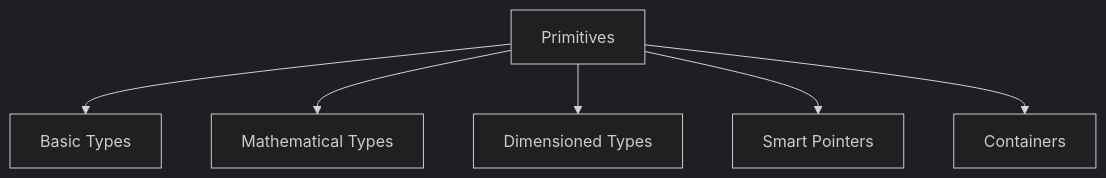
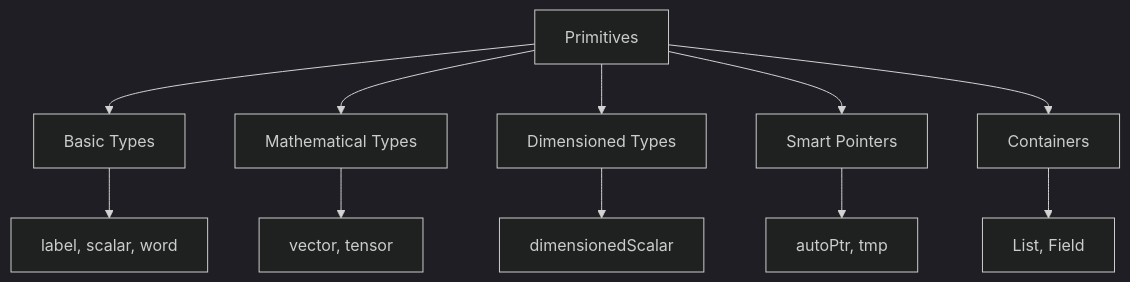
The first of 2 diagrams in MODULE_05_OPENFOAM_PROGRAMMING/CONTENT/01_FOUNDATION_PRIMITIVES/00_Overview.md (wramet/build-my-cfd), drawn with Mermaid (dark theme) before and after one commit. The commit also changed other lines of this file and 272 other files, not shown here.

````diff
--- a/MODULE_05_OPENFOAM_PROGRAMMING/CONTENT/01_FOUNDATION_PRIMITIVES/00_Overview.md
+++ b/MODULE_05_OPENFOAM_PROGRAMMING/CONTENT/01_FOUNDATION_PRIMITIVES/00_Overview.md
@@ -11,8 +21,14 @@
 ```mermaid
 flowchart TD
     A[Primitives] --> B[Basic Types]
     A --> C[Mathematical Types]
     A --> D[Dimensioned Types]
     A --> E[Smart Pointers]
     A --> F[Containers]
+    
+    B --> B1[label, scalar, word]
+    C --> C1[vector, tensor]
+    D --> D1[dimensionedScalar]
+    E --> E1[autoPtr, tmp]
+    F --> F1[List, Field]
 ```
````
